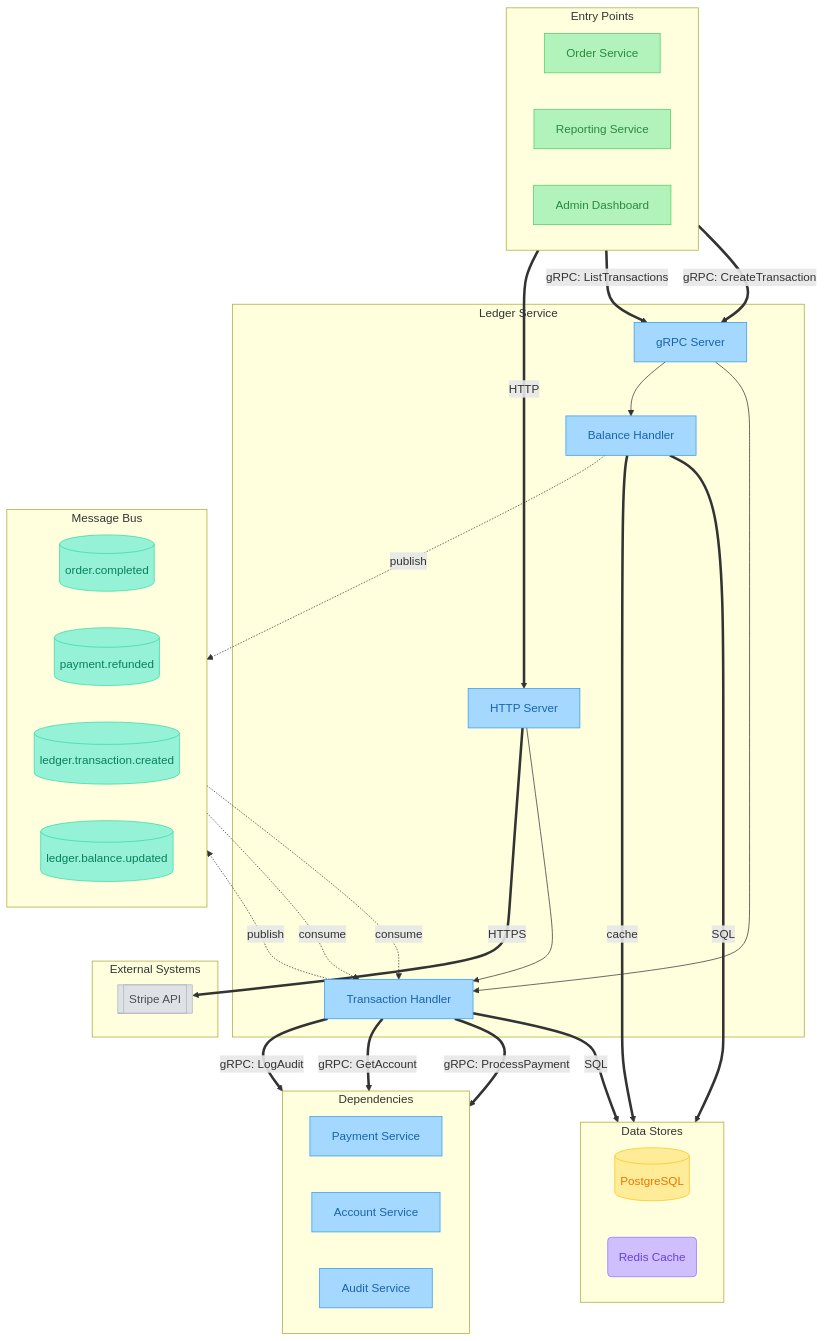
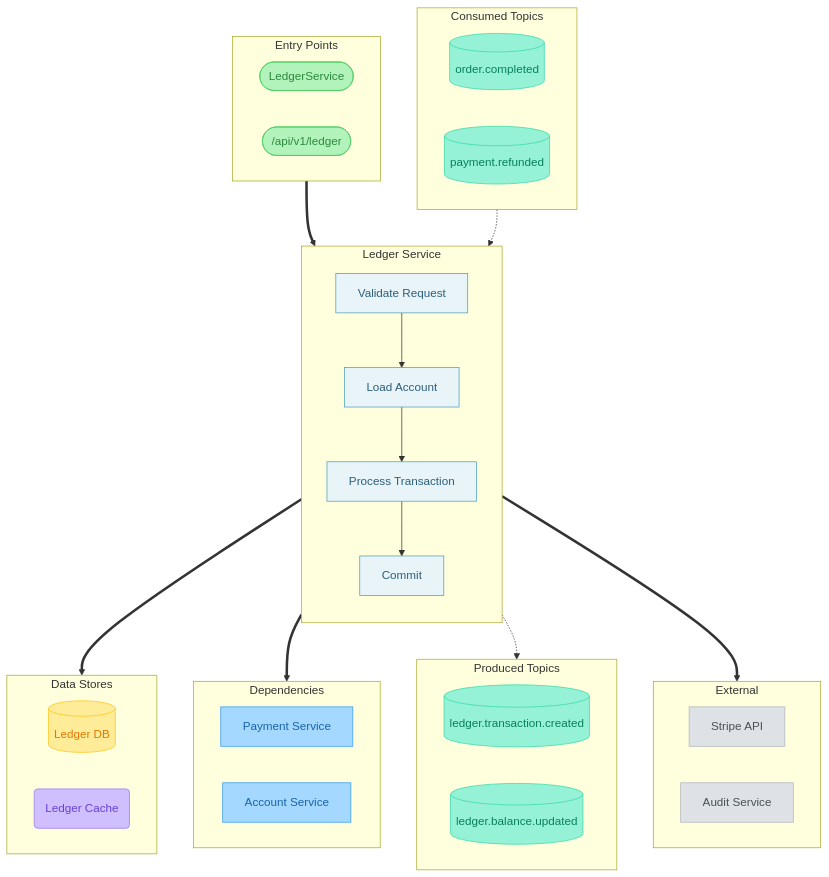
One commit to selimabeniacar/gemini-skills changed the diagram in examples/diagram-example.md. Above: the diagram before and after it, drawn with Mermaid. The commit also changed other lines of this file and 1 other file, not shown here.

Commit message:
examples

````diff
--- a/examples/diagram-example.md
+++ b/examples/diagram-example.md
@@ -10,7 +10,7 @@
 ```mermaid
 flowchart TD
     %% ========================================
-    %% Style Definitions (muted, professional colors)
+    %% Style Definitions
     %% ========================================
     classDef service fill:#a5d8ff,stroke:#339af0,color:#1864ab
     classDef entry fill:#b2f2bb,stroke:#51cf66,color:#2b8a3e
@@ -18,97 +18,86 @@
     classDef database fill:#ffec99,stroke:#fcc419,color:#e67700
     classDef cache fill:#d0bfff,stroke:#9775fa,color:#6741d9
     classDef external fill:#dee2e6,stroke:#adb5bd,color:#495057
+    classDef step fill:#e8f4f8,stroke:#4a9ebb,color:#2c5f7c
 
     %% ========================================
-    %% Entry Points (Callers)
+    %% Entry Points — the service's own endpoints
     %% ========================================
     subgraph entry ["Entry Points"]
-        direction LR
-        E1[Order Service]
-        E2[Reporting Service]
-        E3[Admin Dashboard]
+        E1([LedgerService])
+        E2([/api/v1/ledger])
     end
 
     %% ========================================
-    %% Ledger Service
+    %% Ledger Service — with internal processing steps
     %% ========================================
     subgraph target ["Ledger Service"]
-        T1[gRPC Server]
-        T2[HTTP Server]
-        T3[Transaction Handler]
-        T4[Balance Handler]
+        direction TB
+        S1_step1[Validate Request] --> S1_step2[Load Account]
+        S1_step2 --> S1_step3[Process Transaction]
+        S1_step3 --> S1_step4[Commit]
     end
 
     %% ========================================
-    %% Dependent Services
+    %% Dependencies — gRPC services Ledger calls
     %% ========================================
     subgraph deps ["Dependencies"]
-        direction LR
         D1[Payment Service]
         D2[Account Service]
-        D3[Audit Service]
     end
 
     %% ========================================
-    %% Message Bus
+    %% Data Stores — Ledger's own database + cache
+    %% Logical names, NOT technology names
     %% ========================================
-    subgraph kafka ["Message Bus"]
-        direction LR
-        K1[(order.completed)]
-        K2[(payment.refunded)]
-        K3[(ledger.transaction.created)]
-        K4[(ledger.balance.updated)]
+    subgraph data ["Data Stores"]
+        DB1[(Ledger DB)]
+        C1(Ledger Cache)
     end
 
     %% ========================================
-    %% Data Stores
+    %% Consumed Topics — Kafka topics Ledger consumes
     %% ========================================
-    subgraph data ["Data Stores"]
-        direction LR
-        DB1[(PostgreSQL)]
-        C1(Redis Cache)
+    subgraph kafka-in ["Consumed Topics"]
+        KI1[(order.completed)]
+        KI2[(payment.refunded)]
+    end
+
+    %% ========================================
+    %% Produced Topics — Kafka topics Ledger produces
+    %% ========================================
+    subgraph kafka-out ["Produced Topics"]
+        KO1[(ledger.transaction.created)]
+        KO2[(ledger.balance.updated)]
     end
 
     %% ========================================
     %% External Systems
     %% ========================================
-    subgraph ext ["External Systems"]
-        X1[[Stripe API]]
+    subgraph ext ["External"]
+        EX1[Stripe API]
+        EX2[Audit Service]
     end
 
     %% ========================================
-    %% Sync Connections (gRPC, HTTP, SQL)
+    %% Arrows — to SUBGROUPS, not individual nodes
+    %% 6 arrows total for 15 nodes
     %% ========================================
-    E1 ==>|gRPC: CreateTransaction| T1
-    E2 ==>|gRPC: ListTransactions| T1
-    E3 ==>|HTTP| T2
-    T1 --> T3
-    T1 --> T4
-    T2 --> T3
-    T3 ==>|gRPC: ProcessPayment| D1
-    T3 ==>|gRPC: GetAccount| D2
-    T3 ==>|gRPC: LogAudit| D3
-    T3 ==>|SQL| DB1
-    T4 ==>|SQL| DB1
-    T4 ==>|cache| C1
-    T2 ==>|HTTPS| X1
-
-    %% ========================================
-    %% Async Connections (Kafka)
-    %% ========================================
-    K1 -.->|consume| T3
-    K2 -.->|consume| T3
-    T3 -.->|publish| K3
-    T4 -.->|publish| K4
+    entry ==> target
+    kafka-in -.-> target
+    S1_step2 ==> data
+    S1_step3 ==> deps
+    S1_step4 -.-> kafka-out
+    S1_step4 ==> ext
 
     %% ========================================
     %% Apply Styles
     %% ========================================
-    class E1,E2,E3 entry
-    class T1,T2,T3,T4 service
-    class D1,D2,D3 service
-    class K1,K2,K3,K4 kafka
+    class E1,E2 entry
+    class S1_step1,S1_step2,S1_step3,S1_step4 step
+    class D1,D2 service
     class DB1 database
     class C1 cache
-    class X1 external
+    class KI1,KI2,KO1,KO2 kafka
+    class EX1,EX2 external
 ```
````
